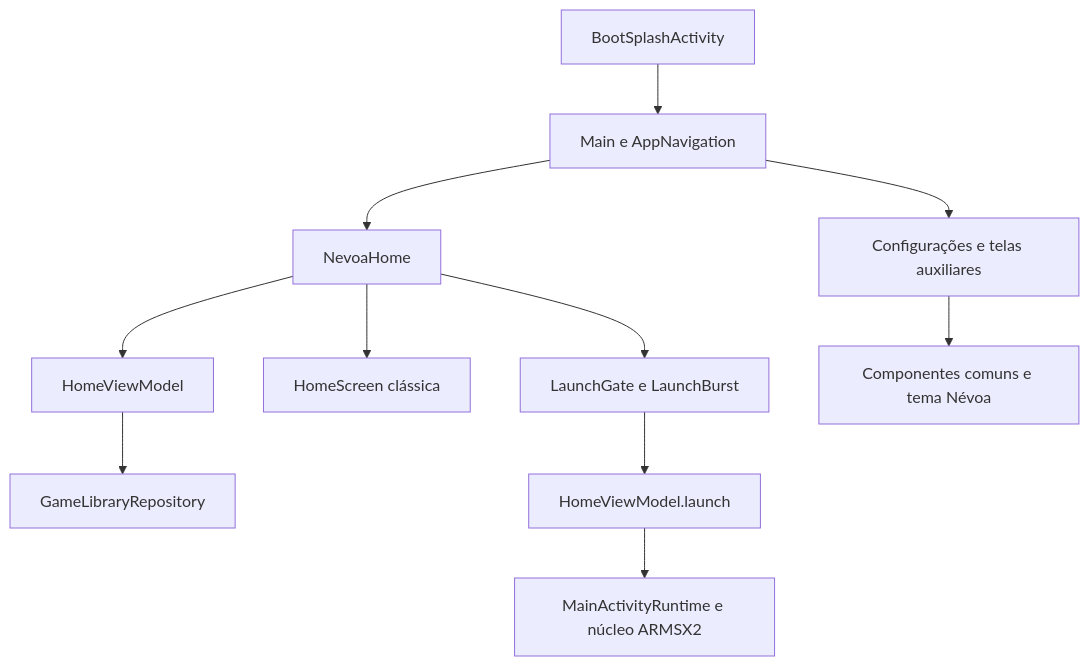
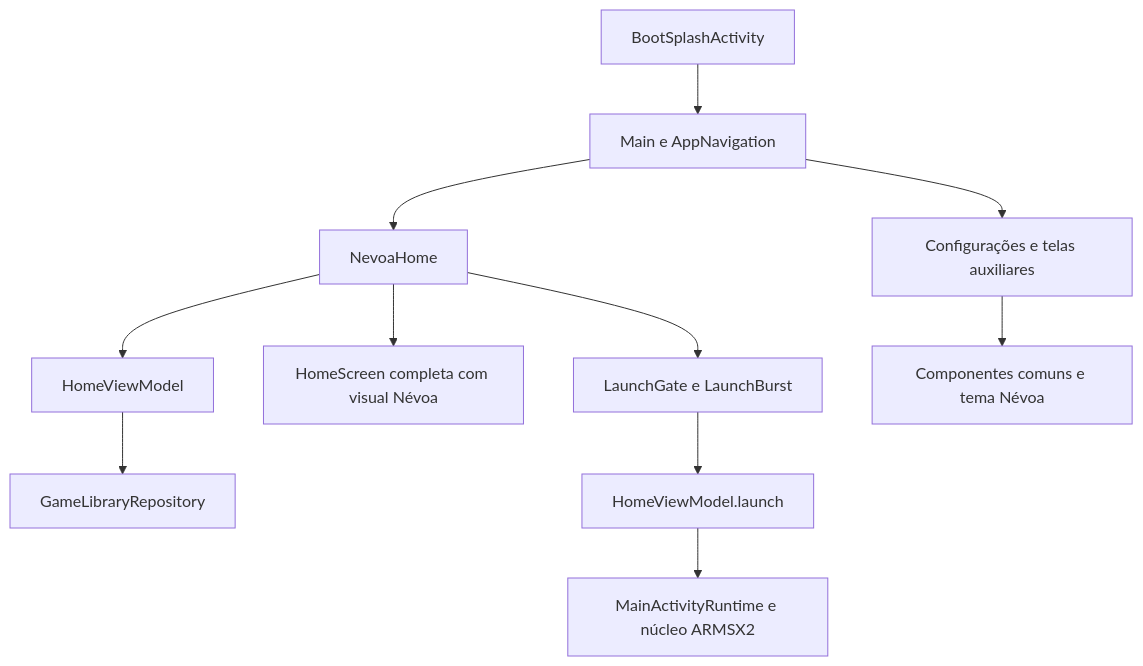
One commit to joaovicbentes10/ARMSX2 changed the diagram in docs/nevoa/ARQUITETURA.md. Above: the diagram before and after it, drawn with Mermaid. The commit also changed other lines of this file and 15 other files, not shown here.

````diff
--- a/docs/nevoa/ARQUITETURA.md
+++ b/docs/nevoa/ARQUITETURA.md
@@ -9,13 +9,13 @@
 ```mermaid
 flowchart TD
     A[BootSplashActivity] --> B[Main e AppNavigation]
     B --> C[NevoaHome]
     C --> D[HomeViewModel]
     D --> E[GameLibraryRepository]
-    C --> F[HomeScreen clássica]
+    C --> F[HomeScreen completa com visual Névoa]
     C --> G[LaunchGate e LaunchBurst]
     G --> H[HomeViewModel.launch]
     H --> I[MainActivityRuntime e núcleo ARMSX2]
     B --> J[Configurações e telas auxiliares]
     J --> K[Componentes comuns e tema Névoa]
 ```
````
